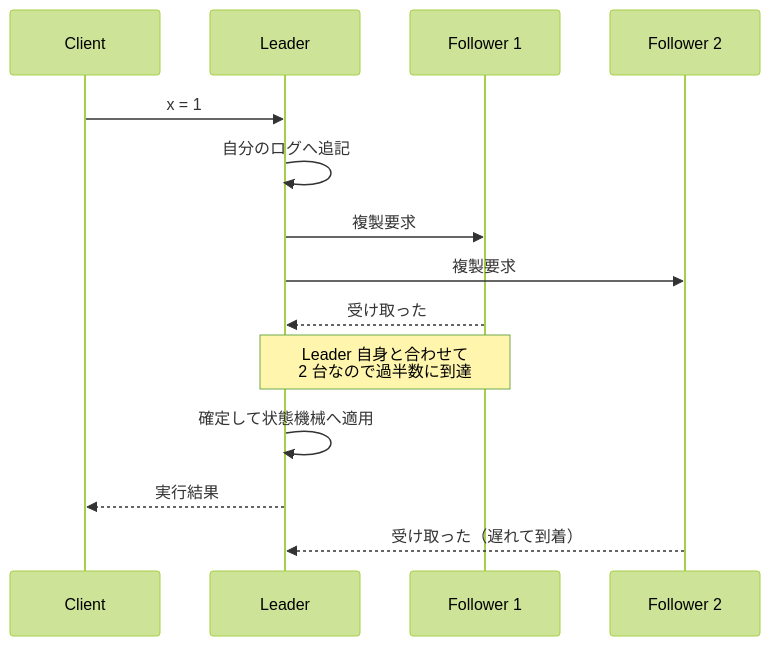
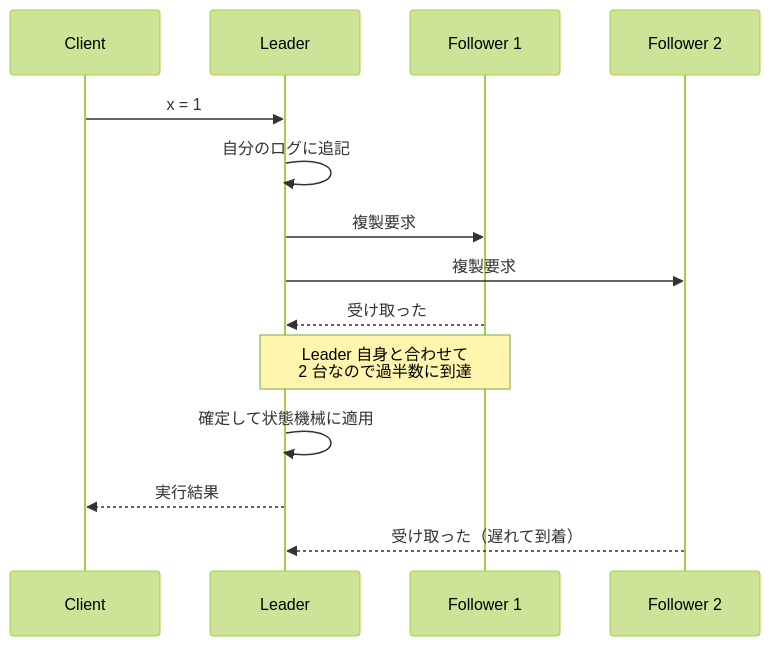
One commit to nao1215/debimate changed the fourth of 5 diagrams in content/notes/distributed-systems/leader-and-followers/index.md. Above: the diagram before and after it, drawn with Mermaid (forest theme). The commit also changed other lines of this file and 46 other files, not shown here.

````diff
--- a/content/notes/distributed-systems/leader-and-followers/index.md
+++ b/content/notes/distributed-systems/leader-and-followers/index.md
@@ -129,16 +129,16 @@
 ```mermaid
 sequenceDiagram
     participant C as Client
     participant L as Leader
     participant F1 as Follower 1
     participant F2 as Follower 2
     C->>L: x = 1
-    L->>L: 自分のログへ追記
+    L->>L: 自分のログに追記
     L->>F1: 複製要求
     L->>F2: 複製要求
     F1-->>L: 受け取った
     Note over L,F1: Leader 自身と合わせて<br/>2 台なので過半数に到達
-    L->>L: 確定して状態機械へ適用
+    L->>L: 確定して状態機械に適用
     L-->>C: 実行結果
     F2-->>L: 受け取った（遅れて到着）
 ```
````
